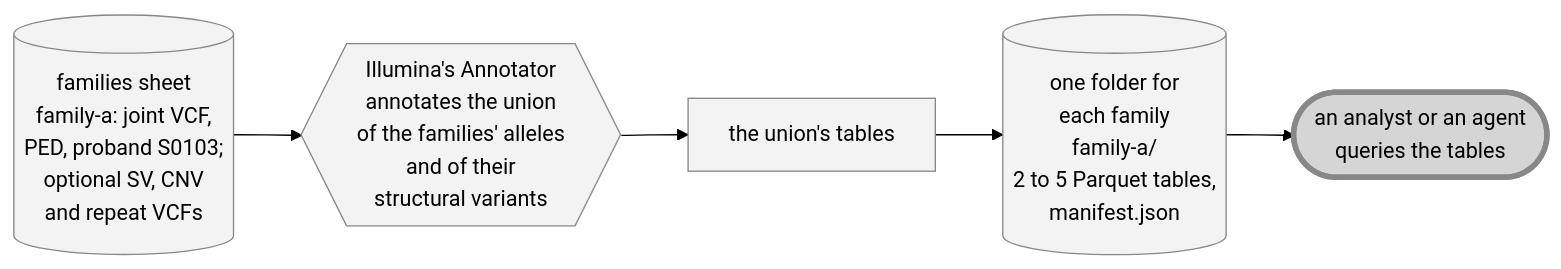
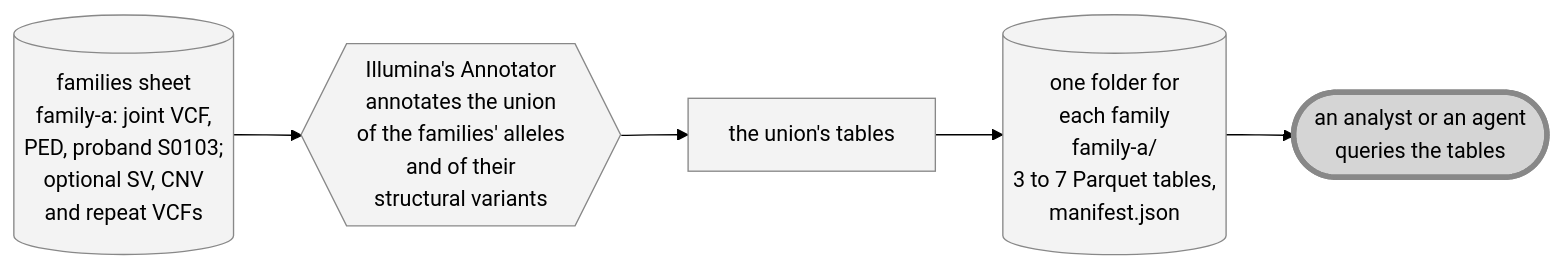
Before and after one commit to populationgenomics/case-annotation-pipeline: the first of 4 diagrams in docs/family-tables.md, drawn with Mermaid (forest theme). The commit also changed other lines of this file and 35 other files, not shown here.

````diff
--- a/docs/family-tables.md
+++ b/docs/family-tables.md
@@ -11,14 +13,14 @@
 ```mermaid
 flowchart LR
     SHEET[("families sheet<br/>family-a: joint VCF,<br/>PED, proband S0103;<br/>optional SV, CNV<br/>and repeat VCFs")]
     ANNOTATE{{"Illumina's Annotator<br/>annotates the union<br/>of the families' alleles<br/>and of their<br/>structural variants"}}
     UNION["the union's tables"]
-    OUT[("one folder for<br/>each family<br/>family-a/<br/>2 to 5 Parquet tables,<br/>manifest.json")]
+    OUT[("one folder for<br/>each family<br/>family-a/<br/>3 to 7 Parquet tables,<br/>manifest.json")]
     READ(["an analyst or an agent<br/>queries the tables"])
 
     SHEET --> ANNOTATE --> UNION --> OUT --> READ
 
     classDef default fill:#8888881a,stroke:#888888
     classDef here fill:#88888859,stroke:#888888,stroke-width:4px
     class READ here
 ```
````
